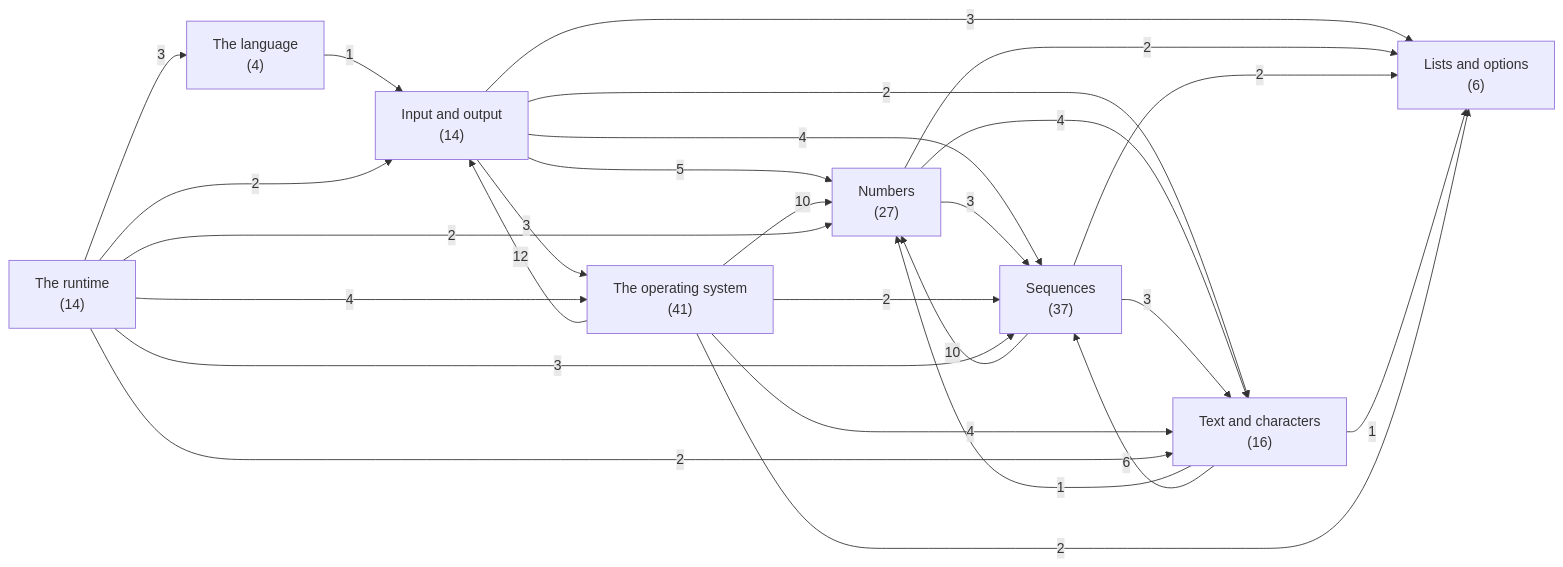
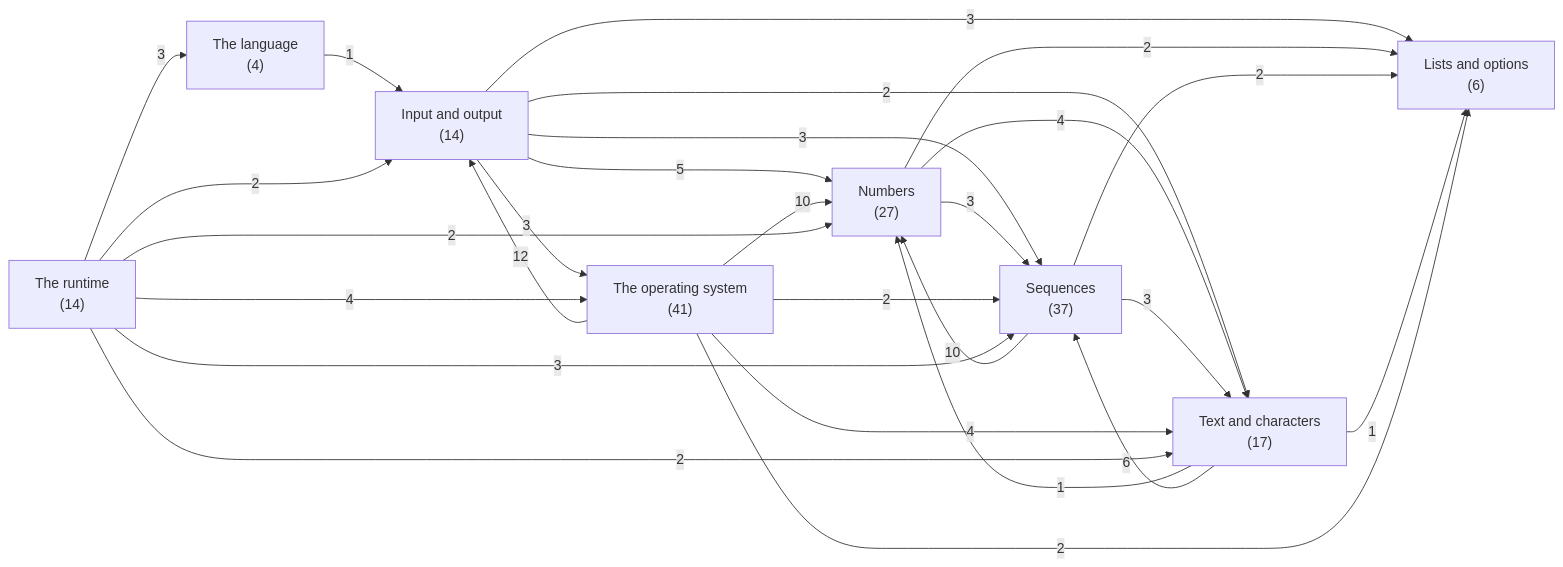
Before and after one commit to ruudkoot/rune: the first of 9 diagrams in docs/lib/basis/depends.md, drawn with Mermaid. The commit also changed other lines of this file and 66 other files, not shown here.

````diff
--- a/docs/lib/basis/depends.md
+++ b/docs/lib/basis/depends.md
@@ -24,37 +24,37 @@
 ```mermaid
 flowchart LR
   a0["The language<br>(4)"]
-  a1["Text and characters<br>(16)"]
+  a1["Text and characters<br>(17)"]
   a2["Lists and options<br>(6)"]
   a3["Numbers<br>(27)"]
   a4["Sequences<br>(37)"]
   a5["The operating system<br>(41)"]
   a6["Input and output<br>(14)"]
   a7["The runtime<br>(14)"]
   a6 -- 3 --> a2
   a6 -- 5 --> a3
-  a6 -- 4 --> a4
+  a6 -- 3 --> a4
   a6 -- 2 --> a1
   a6 -- 3 --> a5
   a3 -- 2 --> a2
   a3 -- 3 --> a4
   a3 -- 4 --> a1
   a4 -- 2 --> a2
   a4 -- 10 --> a3
   a4 -- 3 --> a1
   a1 -- 1 --> a2
   a1 -- 1 --> a3
   a1 -- 6 --> a4
   a0 -- 1 --> a6
   a5 -- 12 --> a6
   a5 -- 2 --> a2
   a5 -- 10 --> a3
   a5 -- 2 --> a4
   a5 -- 4 --> a1
   a7 -- 2 --> a6
   a7 -- 2 --> a3
   a7 -- 3 --> a4
   a7 -- 2 --> a1
   a7 -- 3 --> a0
   a7 -- 4 --> a5
 ```
````
